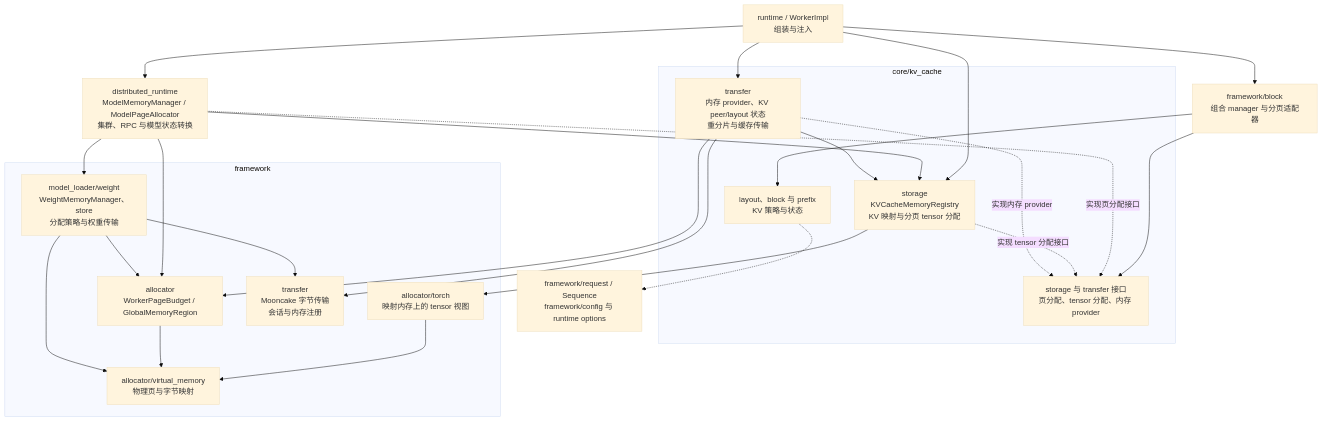
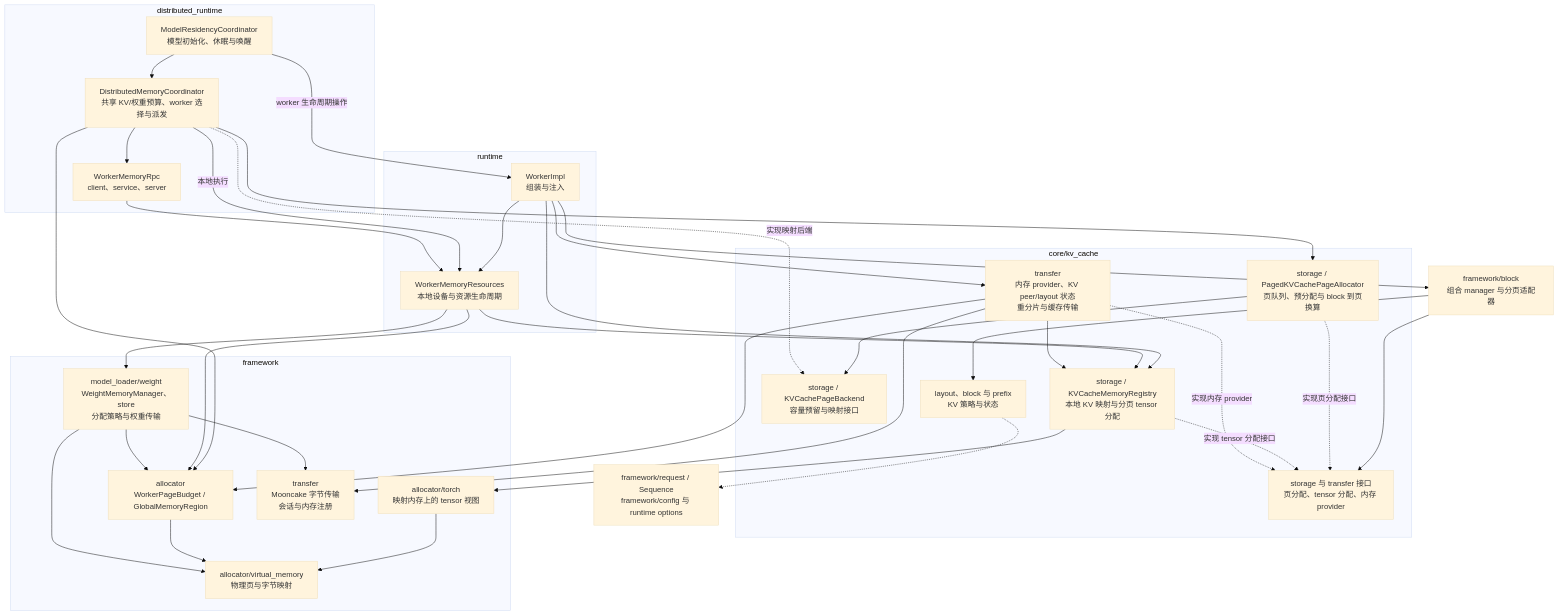
Before and after one commit to xLLM-AI/xllm: the diagram in docs/src/content/docs/zh/dev_guide/code_arch.md, drawn with Mermaid (base theme). The commit also changed other lines of this file and 68 other files, not shown here.

First line of the commit message:
refactor: separate kv page policy from worker memory orchestration.

````diff
--- a/docs/src/content/docs/zh/dev_guide/code_arch.md
+++ b/docs/src/content/docs/zh/dev_guide/code_arch.md
@@ -116,45 +116,65 @@
 ```mermaid
 flowchart TB
-  worker["runtime / WorkerImpl<br/>组装与注入"]
+  subgraph runtime["runtime"]
+    worker["WorkerImpl<br/>组装与注入"]
+    resources["WorkerMemoryResources<br/>本地设备与资源生命周期"]
+  end
+
   blocks["framework/block<br/>组合 manager 与分页适配器"]
-  coordination["distributed_runtime<br/>ModelMemoryManager / ModelPageAllocator<br/>集群、RPC 与模型状态转换"]
+
+  subgraph distributed["distributed_runtime"]
+    residency["ModelResidencyCoordinator<br/>模型初始化、休眠与唤醒"]
+    coordination["DistributedMemoryCoordinator<br/>共享 KV/权重预算、worker 选择与派发"]
+    rpc["WorkerMemoryRpc<br/>client、service、server"]
+  end
 
   subgraph cache["core/kv_cache"]
     policy["layout、block 与 prefix<br/>KV 策略与状态"]
+    pages["storage / PagedKVCachePageAllocator<br/>页队列、预分配与 block 到页换算"]
+    backend["storage / KVCachePageBackend<br/>容量预留与映射接口"]
     ports["storage 与 transfer 接口<br/>页分配、tensor 分配、内存 provider"]
-    storage["storage<br/>KVCacheMemoryRegistry<br/>KV 映射与分页 tensor 分配"]
+    storage["storage / KVCacheMemoryRegistry<br/>本地 KV 映射与分页 tensor 分配"]
     kvtransfer["transfer<br/>内存 provider、KV peer/layout 状态<br/>重分片与缓存传输"]
   end
 
   subgraph framework["framework"]
     weight["model_loader/weight<br/>WeightMemoryManager、store<br/>分配策略与权重传输"]
     tensor["allocator/torch<br/>映射内存上的 tensor 视图"]
     shared["allocator<br/>WorkerPageBudget / GlobalMemoryRegion"]
     memory["allocator/virtual_memory<br/>物理页与字节映射"]
     transport["transfer<br/>Mooncake 字节传输<br/>会话与内存注册"]
   end
 
   remaining["framework/request / Sequence<br/>framework/config 与 runtime options"]
-  worker --> coordination
+  worker --> resources
   worker --> blocks
   worker --> storage
   worker --> kvtransfer
+  residency --> coordination
+  residency -->|worker 生命周期操作| worker
+  coordination --> pages
+  coordination --> rpc
+  coordination -->|本地执行| resources
+  coordination --> shared
+  rpc --> resources
+  resources --> storage
+  resources --> weight
+  resources --> shared
   blocks --> policy
   blocks --> ports
-  coordination -.->|实现页分配接口| ports
-  coordination --> storage
-  coordination --> weight
-  coordination --> shared
+  pages -.->|实现页分配接口| ports
+  pages --> backend
+  coordination -.->|实现映射后端| backend
   storage -.->|实现 tensor 分配接口| ports
   kvtransfer -.->|实现内存 provider| ports
   storage --> tensor
   tensor --> memory
   shared --> memory
   weight --> memory
   weight --> shared
   weight --> transport
   kvtransfer --> storage
   kvtransfer --> shared
   kvtransfer --> transport
   policy -.-> remaining
 ```
````
